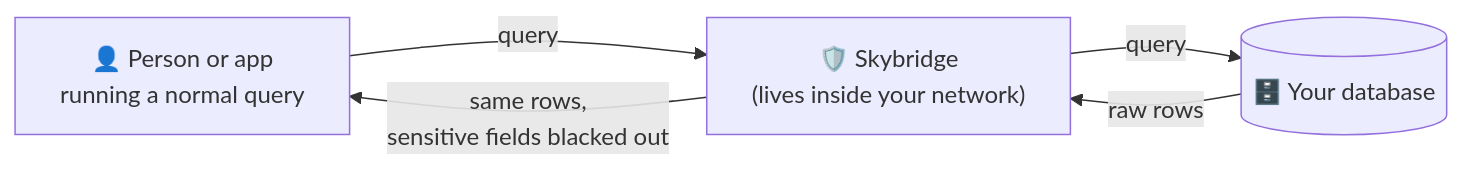
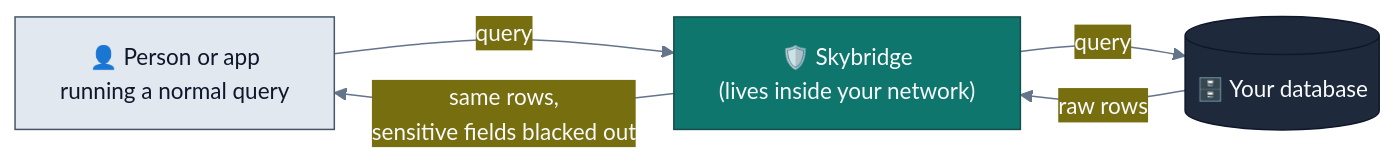
The first of 3 diagrams in README.md (curlix-io/skybridge), drawn with Mermaid before and after one commit. The commit also changed other lines of this file and 44 other files, not shown here.

````diff
--- a/README.md
+++ b/README.md
@@ -26,11 +26,19 @@
 ```mermaid
+%%{init: {"theme": "base", "themeVariables": {"primaryColor": "#0f766e", "primaryTextColor": "#f8fafc", "primaryBorderColor": "#134e4a", "lineColor": "#64748b", "fontSize": "15px"}}}%%
 flowchart LR
     person["👤 Person or app<br/>running a normal query"]
     sb["🛡️ Skybridge<br/>(lives inside your network)"]
     db[("🗄️ Your database")]
 
     person -->|"query"| sb
     sb -->|"query"| db
     db -->|"raw rows"| sb
     sb -->|"same rows,<br/>sensitive fields blacked out"| person
+
+    classDef client fill:#e2e8f0,stroke:#475569,color:#0f172a
+    classDef bridge fill:#0f766e,stroke:#134e4a,color:#f8fafc
+    classDef store fill:#1e293b,stroke:#0f172a,color:#f8fafc
+    class person client
+    class sb bridge
+    class db store
 ```
````
